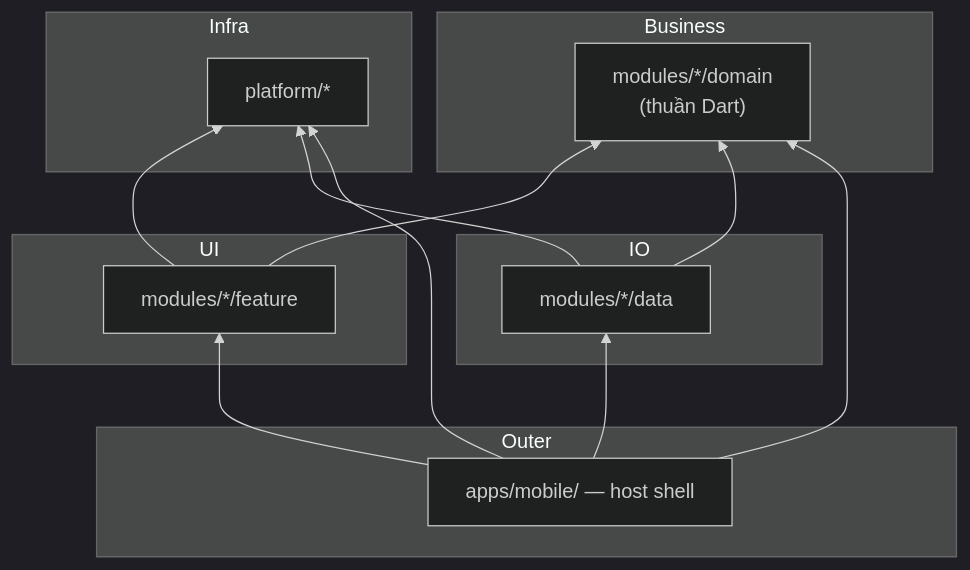
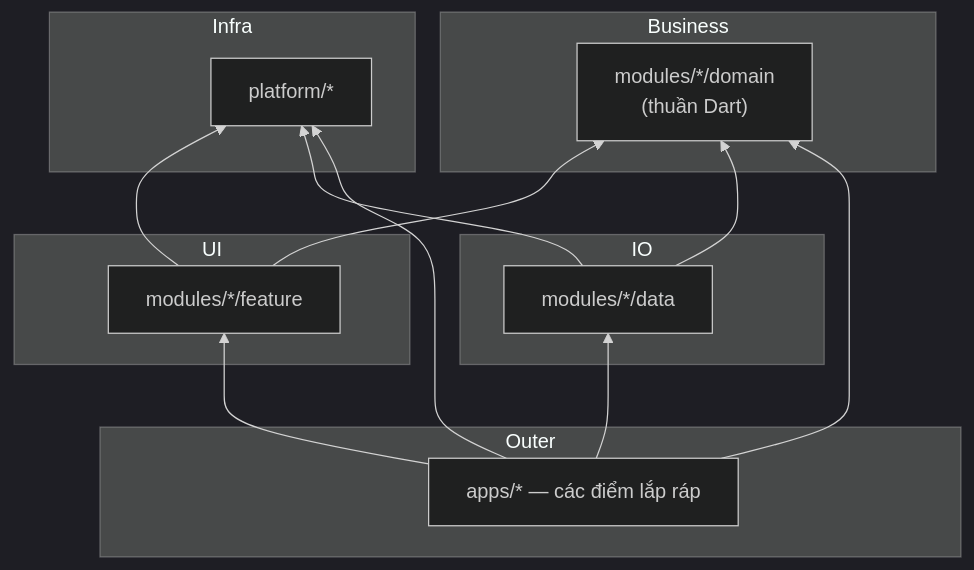
The diagram in docs/vi/getting-started/02_project_tour.md (CaoGiaHieu-dev/flutter-monorepo-codebase), drawn with Mermaid (dark theme) before and after one commit. The commit also changed other lines of this file and 29 other files, not shown here.

````diff
--- a/docs/vi/getting-started/02_project_tour.md
+++ b/docs/vi/getting-started/02_project_tour.md
@@ -122,27 +124,27 @@
 ```mermaid
 graph BT
     subgraph Outer
-        App["apps/mobile/ — host shell"]
+        App["apps/* — các điểm lắp ráp"]
     end
     subgraph UI
         Features["modules/*/feature"]
     end
     subgraph Business
         Domain["modules/*/domain<br/>(thuần Dart)"]
     end
     subgraph IO
         Data["modules/*/data"]
     end
     subgraph Infra
         Core["platform/*"]
     end
 
     Features --> Domain
     Data --> Domain
     Features --> Core
     Data --> Core
     App --> Features
     App --> Data
     App --> Domain
     App --> Core
 ```
````
